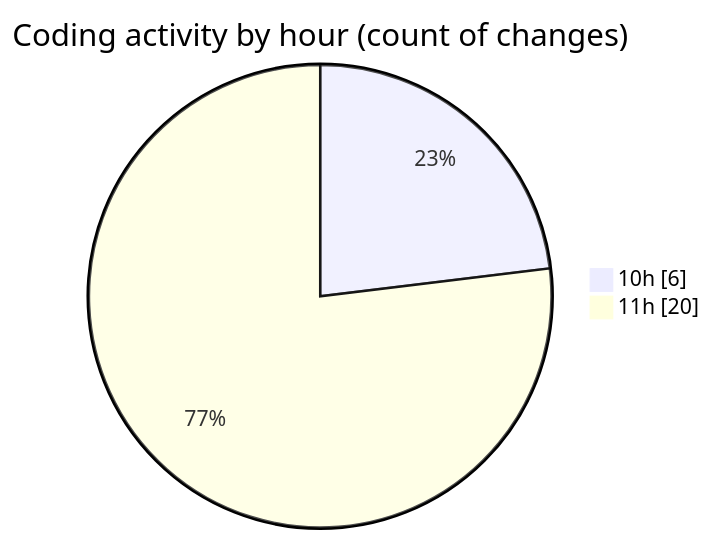
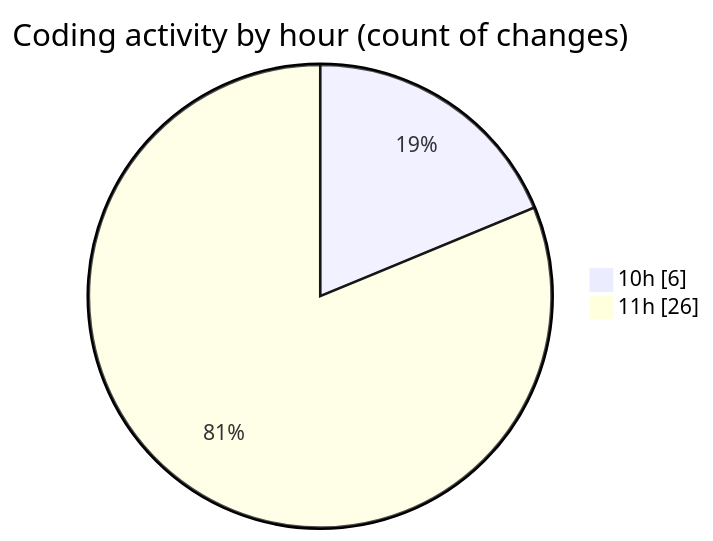
The second of 2 diagrams in 2025-08-13/cda/README.md (momahboobian/code-tracking), drawn with Mermaid before and after one commit. The commit also changed other lines of this file and 1 other file, not shown here.

````diff
--- a/2025-08-13/cda/README.md
+++ b/2025-08-13/cda/README.md
@@ -32,6 +32,6 @@
 ```mermaid
 pie showData
 title Coding activity by hour (count of changes)
 "10h" : 6
-"11h" : 20
+"11h" : 26
 ```
````
